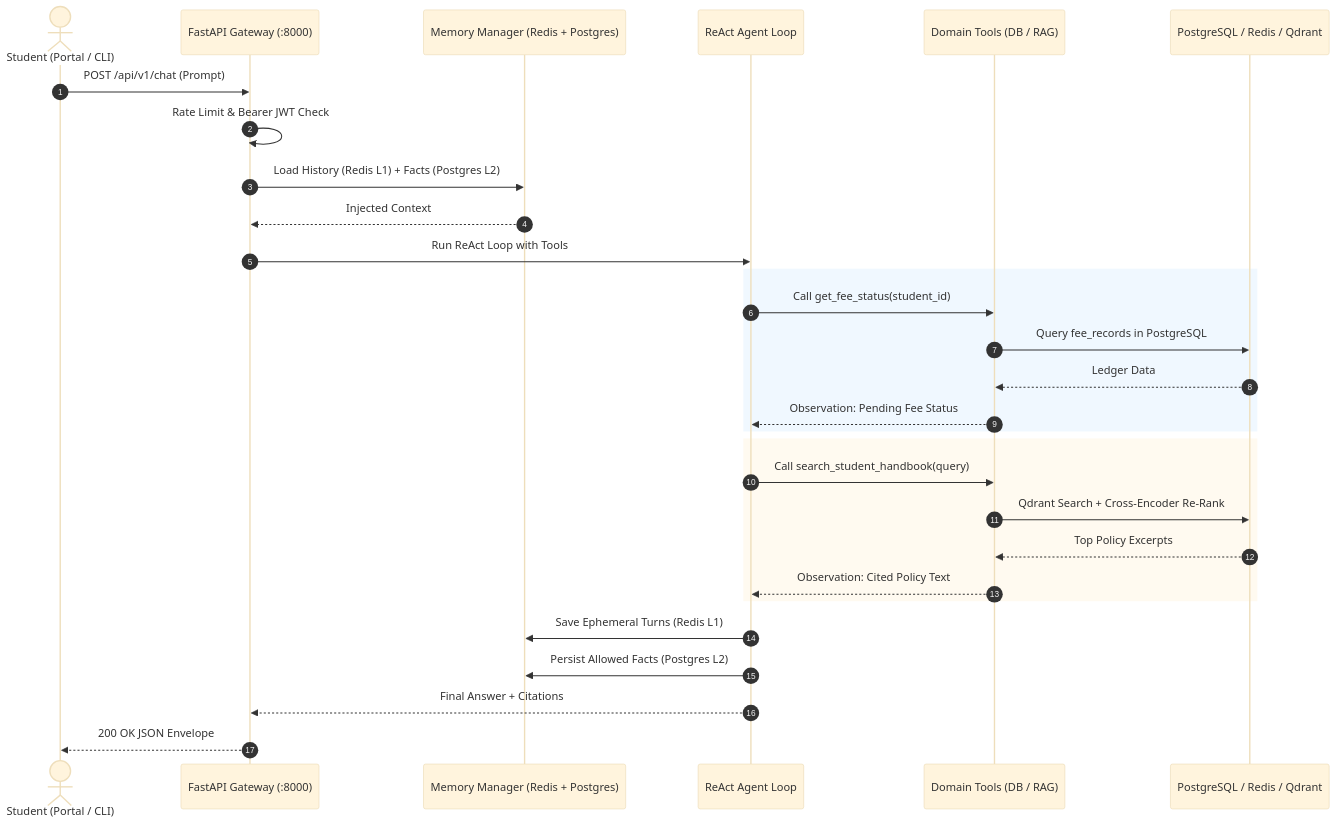
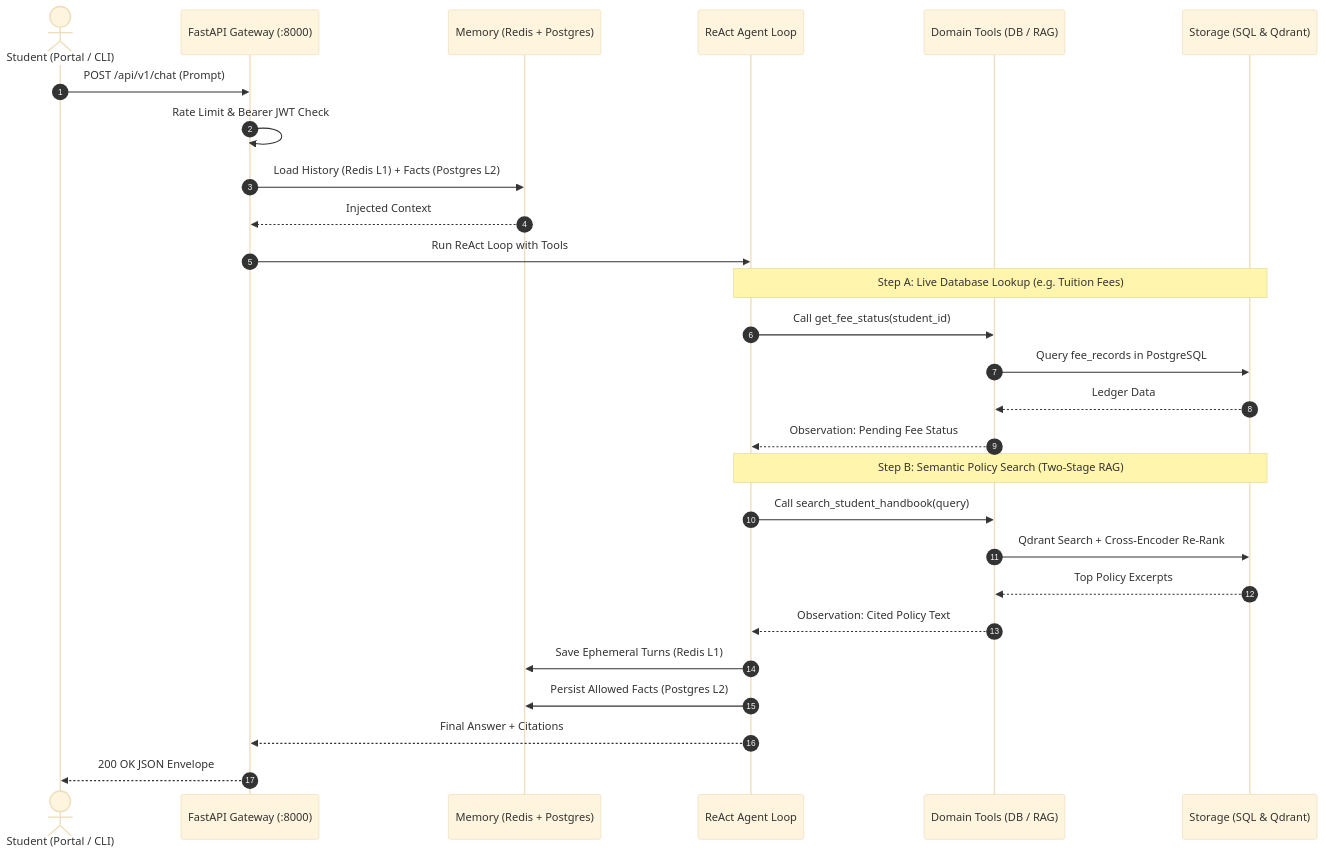
The second of 2 diagrams in README.md (nakul-cloud/Intelligent_Student_Support_Agent), drawn with Mermaid (base theme) before and after one commit. The commit also changed other lines of this file and 1 other file, not shown here.

Commit message:
feat: add project documentation, database initialization files, and re-ranker implementation plans

````diff
--- a/README.md
+++ b/README.md
@@ -74,35 +107,33 @@
 ```mermaid
 sequenceDiagram
     autonumber
     actor Student as Student (Portal / CLI)
     participant Gateway as FastAPI Gateway (:8000)
-    participant Mem as Memory Manager (Redis + Postgres)
+    participant Mem as Memory (Redis + Postgres)
     participant Agent as ReAct Agent Loop
     participant Tools as Domain Tools (DB / RAG)
-    participant DB as PostgreSQL / Redis / Qdrant
+    participant DB as Storage (SQL & Qdrant)
 
     Student->>Gateway: POST /api/v1/chat (Prompt)
     Gateway->>Gateway: Rate Limit & Bearer JWT Check
     Gateway->>Mem: Load History (Redis L1) + Facts (Postgres L2)
     Mem-->>Gateway: Injected Context
     Gateway->>Agent: Run ReAct Loop with Tools
     
-    rect rgb(240, 248, 255)
-        Agent->>Tools: Call get_fee_status(student_id)
-        Tools->>DB: Query fee_records in PostgreSQL
-        DB-->>Tools: Ledger Data
-        Tools-->>Agent: Observation: Pending Fee Status
-    end
+    Note over Agent,DB: Step A: Live Database Lookup (e.g. Tuition Fees)
+    Agent->>Tools: Call get_fee_status(student_id)
+    Tools->>DB: Query fee_records in PostgreSQL
+    DB-->>Tools: Ledger Data
+    Tools-->>Agent: Observation: Pending Fee Status
 
-    rect rgb(255, 250, 240)
-        Agent->>Tools: Call search_student_handbook(query)
-        Tools->>DB: Qdrant Search + Cross-Encoder Re-Rank
-        DB-->>Tools: Top Policy Excerpts
-        Tools-->>Agent: Observation: Cited Policy Text
-    end
+    Note over Agent,DB: Step B: Semantic Policy Search (Two-Stage RAG)
+    Agent->>Tools: Call search_student_handbook(query)
+    Tools->>DB: Qdrant Search + Cross-Encoder Re-Rank
+    DB-->>Tools: Top Policy Excerpts
+    Tools-->>Agent: Observation: Cited Policy Text
 
     Agent->>Mem: Save Ephemeral Turns (Redis L1)
     Agent->>Mem: Persist Allowed Facts (Postgres L2)
     Agent-->>Gateway: Final Answer + Citations
     Gateway-->>Student: 200 OK JSON Envelope
 ```
````
